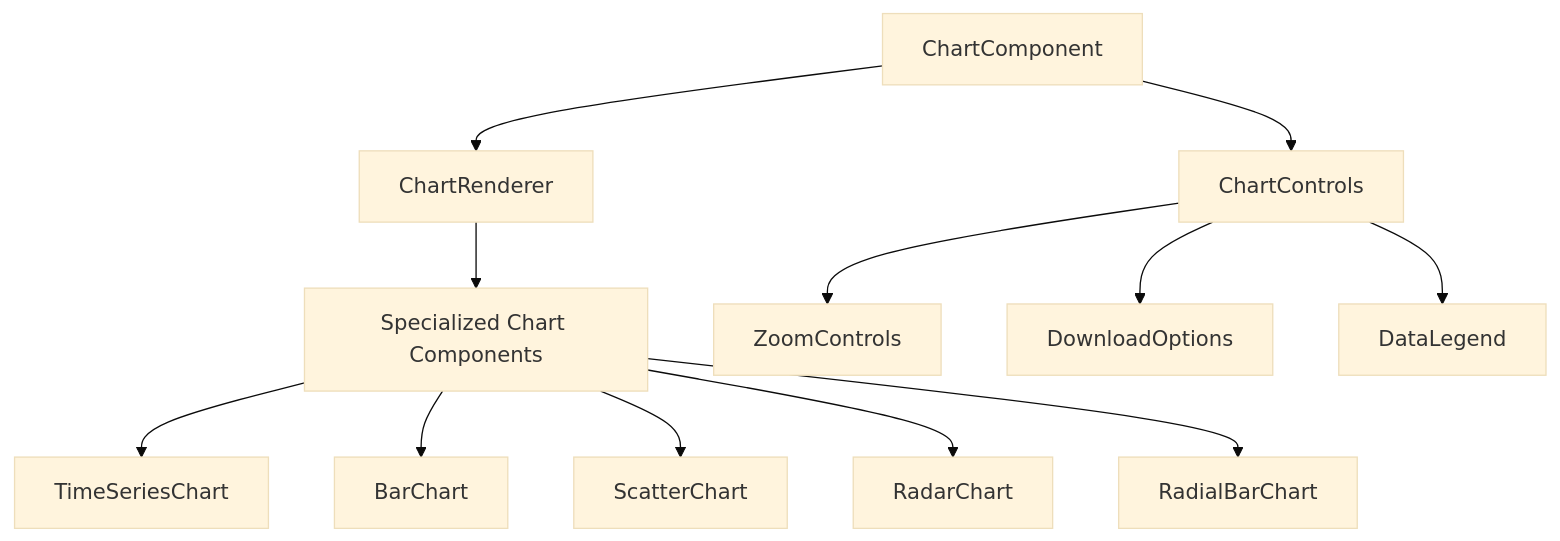
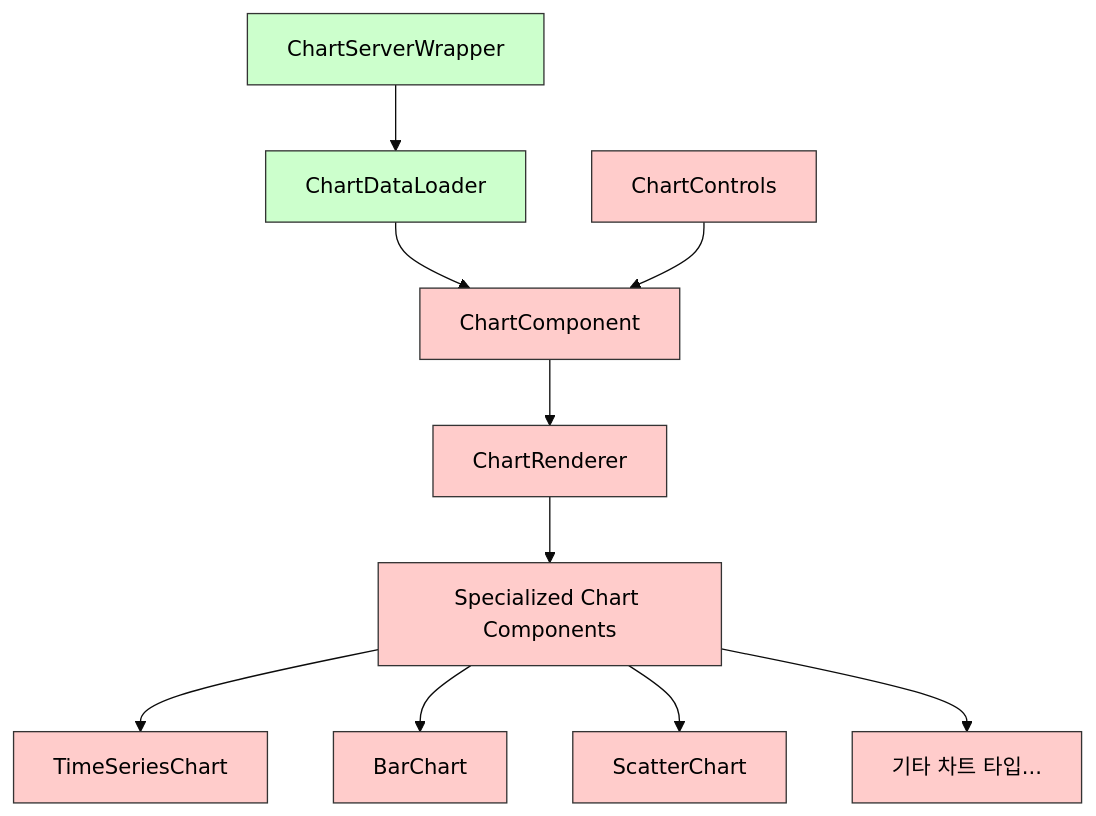
Before and after one commit to Seungwoo321/etorch-docs: the third of 14 diagrams in frontend/components/core-components.md, drawn with Mermaid (base theme). The commit also changed other lines of this file and 3 other files, not shown here.

````diff
--- a/frontend/components/core-components.md
+++ b/frontend/components/core-components.md
@@ -143,14 +191,19 @@
 ```mermaid
 flowchart TD
-    A[ChartComponent] --> B[ChartRenderer]
-    B --> C[Specialized Chart Components]
-    C --> C1[TimeSeriesChart]
-    C --> C2[BarChart]
-    C --> C3[ScatterChart]
-    C --> C4[RadarChart]
-    C --> C5[RadialBarChart]
-    A --> D[ChartControls]
-    D --> D1[ZoomControls]
-    D --> D2[DownloadOptions]
-    D --> D3[DataLegend]
+    SSR[ChartServerWrapper] --> DataLoader[ChartDataLoader]
+    DataLoader --> ClientChart[ChartComponent]
+    ClientChart --> Renderer[ChartRenderer]
+    Renderer --> SpecializedCharts[Specialized Chart Components]
+    SpecializedCharts --> TimeSeries[TimeSeriesChart]
+    SpecializedCharts --> Bar[BarChart]
+    SpecializedCharts --> Scatter[ScatterChart]
+    SpecializedCharts --> Other[기타 차트 타입...]
+    
+    Controls[ChartControls] --> ClientChart
+    
+    classDef server fill:#ccffcc,stroke:#333,stroke-width:1px,color:#000;
+    classDef client fill:#ffcccb,stroke:#333,stroke-width:1px,color:#000;
+    
+    class SSR,DataLoader server;
+    class ClientChart,Renderer,SpecializedCharts,TimeSeries,Bar,Scatter,Other,Controls client;
 ```
````
